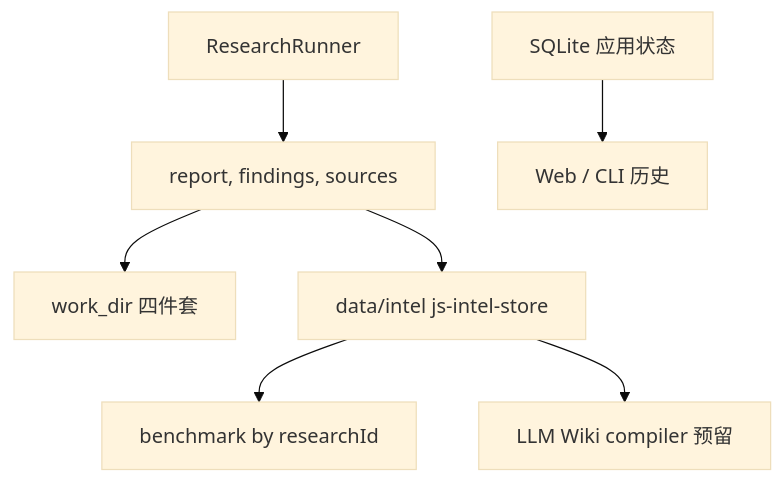
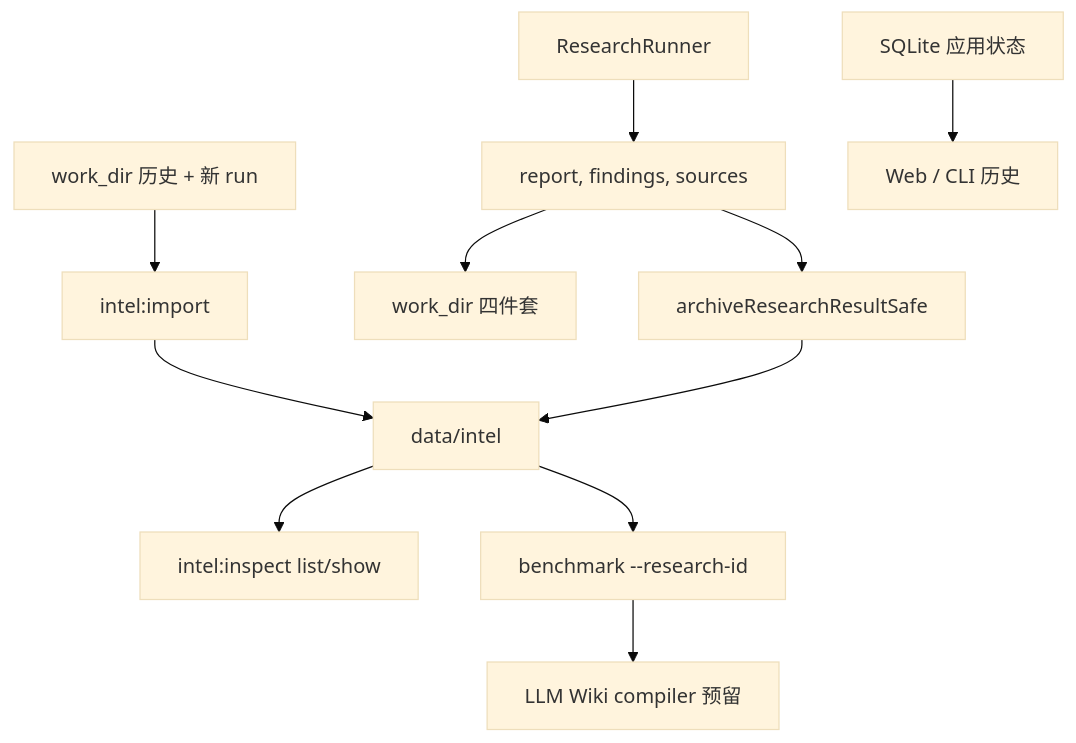
The diagram in journal/2026-05-26/js-intel-store-integration.md (imjszhang/js-deepresearch-agent), drawn with Mermaid (base theme) before and after one commit. The commit also changed other lines of this file and 10 other files, not shown here.

First line of the commit message:
Enhance benchmark research scripts with new CLI options and target resolution

````diff
--- a/journal/2026-05-26/js-intel-store-integration.md
+++ b/journal/2026-05-26/js-intel-store-integration.md
@@ -78,9 +80,13 @@
 ```mermaid
 flowchart TD
+  WorkDir["work_dir 历史 + 新 run"] --> Importer["intel:import"]
   Runner["ResearchRunner"] --> Result["report, findings, sources"]
-  Result --> WorkDir["work_dir 四件套"]
-  Result --> Intel["data/intel js-intel-store"]
-  Intel --> Bench["benchmark by researchId"]
-  Intel --> Wiki["LLM Wiki compiler 预留"]
+  Result --> WorkDirNew["work_dir 四件套"]
+  Result --> Archive["archiveResearchResultSafe"]
+  Importer --> Intel["data/intel"]
+  Archive --> Intel
+  Intel --> Inspect["intel:inspect list/show"]
+  Intel --> Bench["benchmark --research-id"]
+  Bench --> Wiki["LLM Wiki compiler 预留"]
   SQLite["SQLite 应用状态"] --> UI["Web / CLI 历史"]
 ```
````
